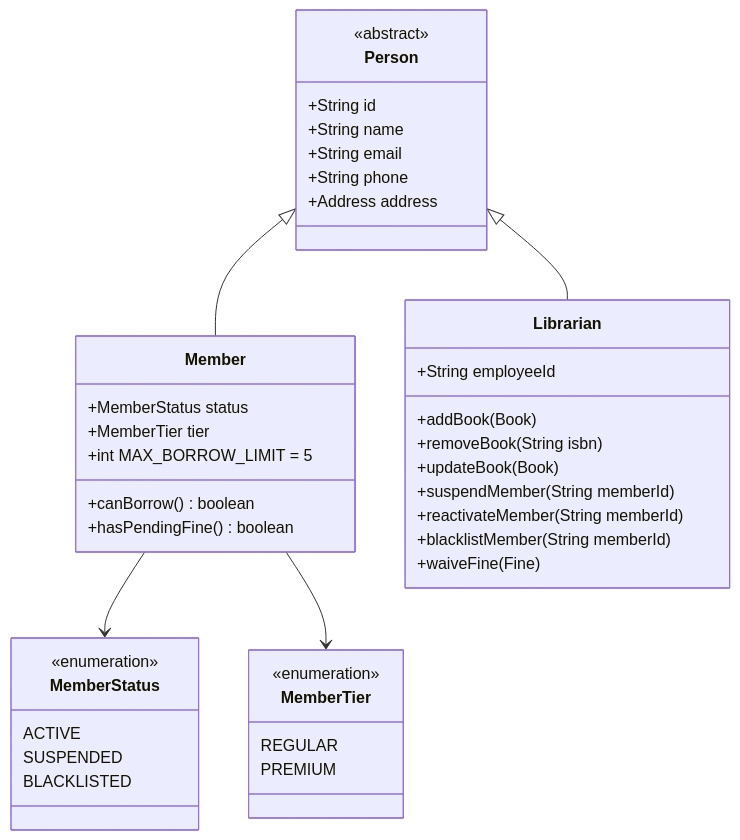
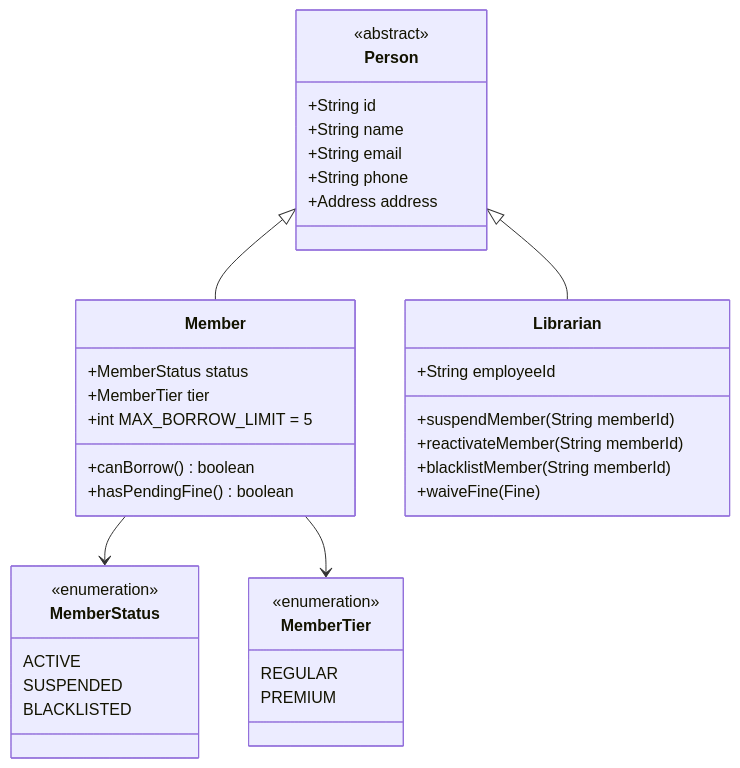
One commit to Arnavjain1703/LLD changed the second of 10 diagrams in LibraryManagementSystem/class-diagram.md. Above: the diagram before and after it, drawn with Mermaid. The commit also changed other lines of this file and 1 other file, not shown here.

````diff
--- a/LibraryManagementSystem/class-diagram.md
+++ b/LibraryManagementSystem/class-diagram.md
@@ -91,48 +59,45 @@
 ```mermaid
 classDiagram
     class MemberStatus {
         <<enumeration>>
         ACTIVE
         SUSPENDED
         BLACKLISTED
     }
 
     class MemberTier {
         <<enumeration>>
         REGULAR
         PREMIUM
     }
 
     class Person {
         <<abstract>>
         +String id
         +String name
         +String email
         +String phone
         +Address address
     }
 
     class Member {
         +MemberStatus status
         +MemberTier tier
         +int MAX_BORROW_LIMIT = 5
         +canBorrow() boolean
         +hasPendingFine() boolean
     }
 
     class Librarian {
         +String employeeId
-        +addBook(Book)
-        +removeBook(String isbn)
-        +updateBook(Book)
         +suspendMember(String memberId)
         +reactivateMember(String memberId)
         +blacklistMember(String memberId)
         +waiveFine(Fine)
     }
 
     Person <|-- Member
     Person <|-- Librarian
     Member --> MemberStatus
     Member --> MemberTier
 ```
````
